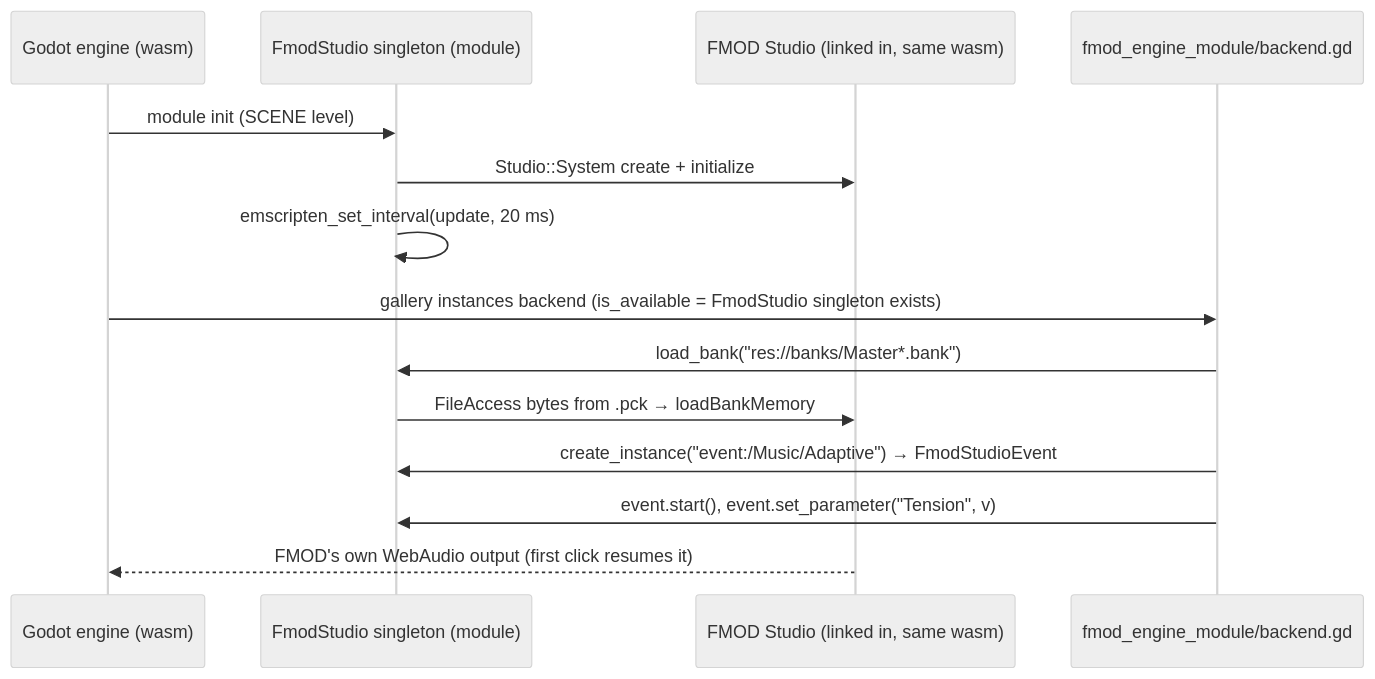
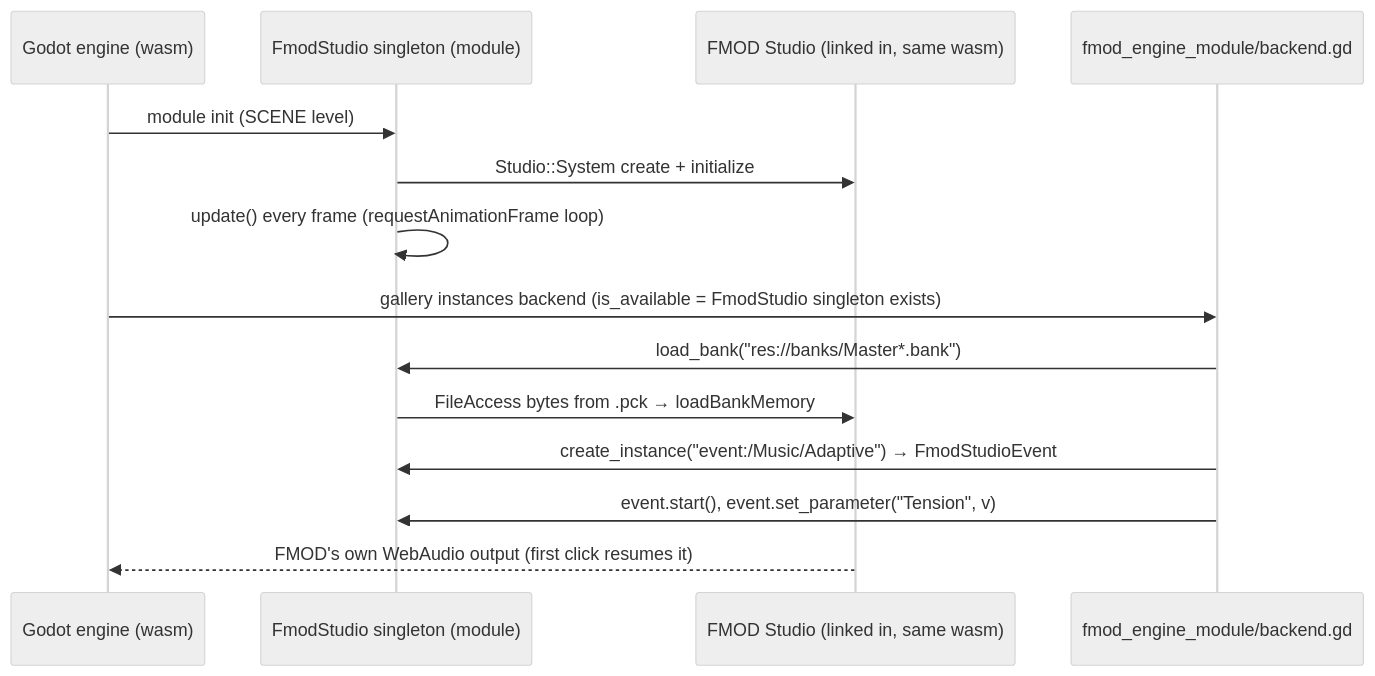
One commit to THE-ORONCO/prototype-fmod-audio-in-godot-web-export changed the second of 2 diagrams in docs/prototypes/fmod-engine-module.md. Above: the diagram before and after it, drawn with Mermaid (neutral theme). The commit also changed other lines of this file and 7 other files, not shown here.

````diff
--- a/docs/prototypes/fmod-engine-module.md
+++ b/docs/prototypes/fmod-engine-module.md
@@ -38,16 +38,16 @@
 ```mermaid
 sequenceDiagram
     participant E as Godot engine (wasm)
     participant M as FmodStudio singleton (module)
     participant F as FMOD Studio (linked in, same wasm)
     participant B as fmod_engine_module/backend.gd
     E ->> M: module init (SCENE level)
     M ->> F: Studio::System create + initialize
-    M ->> M: emscripten_set_interval(update, 20 ms)
+    M ->> M: update() every frame (requestAnimationFrame loop)
     E ->> B: gallery instances backend (is_available = FmodStudio singleton exists)
     B ->> M: load_bank("res://banks/Master*.bank")
     M ->> F: FileAccess bytes from .pck → loadBankMemory
     B ->> M: create_instance("event:/Music/Adaptive") → FmodStudioEvent
     B ->> M: event.start(), event.set_parameter("Tension", v)
     F -->> E: FMOD's own WebAudio output (first click resumes it)
 ```
````
